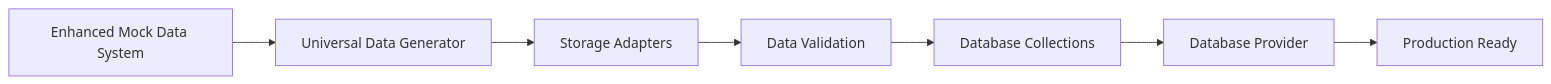
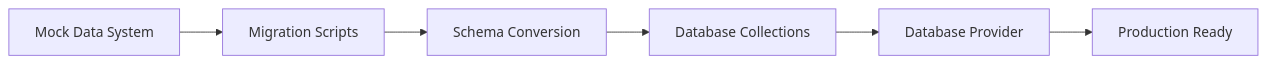
Before and after one commit to geniusdynamics/schoolpilot: the sixth of 6 diagrams in .qoder/repowiki/en/content/Mock Data Dev Guide.md, drawn with Mermaid. The commit also changed other lines of this file and 311 other files, not shown here.

````diff
--- a/.qoder/repowiki/en/content/Mock Data Dev Guide.md
+++ b/.qoder/repowiki/en/content/Mock Data Dev Guide.md
@@ -403,9 +316,8 @@
 ```mermaid
 flowchart LR
-MockData["Enhanced Mock Data System"] --> UniversalGen["Universal Data Generator"]
-UniversalGen --> Storage["Storage Adapters"]
-Storage --> Validation["Data Validation"]
-Validation --> Database["Database Collections"]
-Database --> Provider["Database Provider"]
+MockData["Mock Data System"] --> Migration["Migration Scripts"]
+Migration --> Schema["Schema Conversion"]
+Schema --> Collections["Database Collections"]
+Collections --> Provider["Database Provider"]
 Provider --> Production["Production Ready"]
 ```
````
